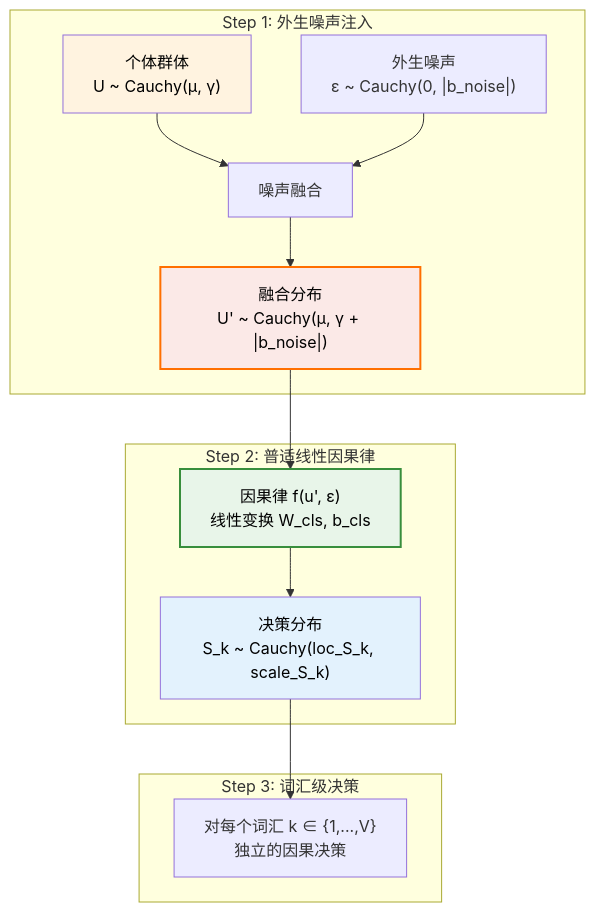
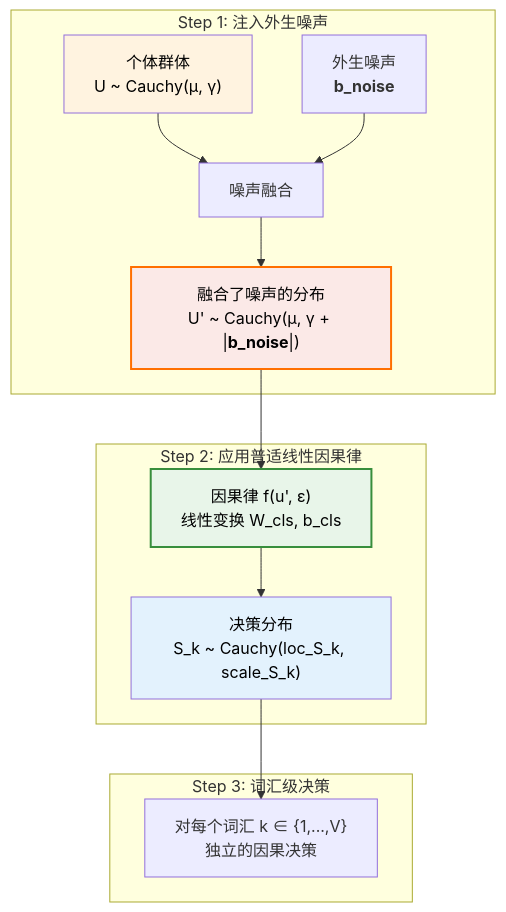
Before and after one commit to 1587causalai/CausalQwen: the sixth of 12 diagrams in docs/core_mathematical_framework.md, drawn with Mermaid. The commit also changed other lines of this file and 3 other files, not shown here.

````diff
--- a/docs/core_mathematical_framework.md
+++ b/docs/core_mathematical_framework.md
@@ -286,22 +286,22 @@
 ```mermaid
 graph TB
-    subgraph "Step 1: 外生噪声注入"
+    subgraph "Step 1: 注入外生噪声"
         U["个体群体<br>U ~ Cauchy(μ, γ)"] --> Fusion["噪声融合"]
-        Epsilon["外生噪声<br>ε ~ Cauchy(0, |b_noise|)"] --> Fusion
-        Fusion --> U_prime["融合分布<br>U' ~ Cauchy(μ, γ + |b_noise|)"]
+        Epsilon["外生噪声<br><b>b_noise</b>"] --> Fusion
+        Fusion --> U_prime["融合了噪声的分布<br>U' ~ Cauchy(μ, γ + |<b>b_noise</b>|)"]
     end
     
-    subgraph "Step 2: 普适线性因果律"
+    subgraph "Step 2: 应用普适线性因果律"
         U_prime --> Law["因果律 f(u', ε)<br>线性变换 W_cls, b_cls"]
         Law --> Decision["决策分布<br>S_k ~ Cauchy(loc_S_k, scale_S_k)"]
     end
     
     subgraph "Step 3: 词汇级决策"
         Decision --> Words["对每个词汇 k ∈ {1,...,V}<br>独立的因果决策"]
     end
     
     style U fill:#fff3e0,color:#000
     style U_prime fill:#fbe9e7,stroke:#ff6f00,stroke-width:2px,color:#000
     style Law fill:#e8f5e9,stroke:#388e3c,stroke-width:2px,color:#000
     style Decision fill:#e3f2fd,color:#000
 ```
````
